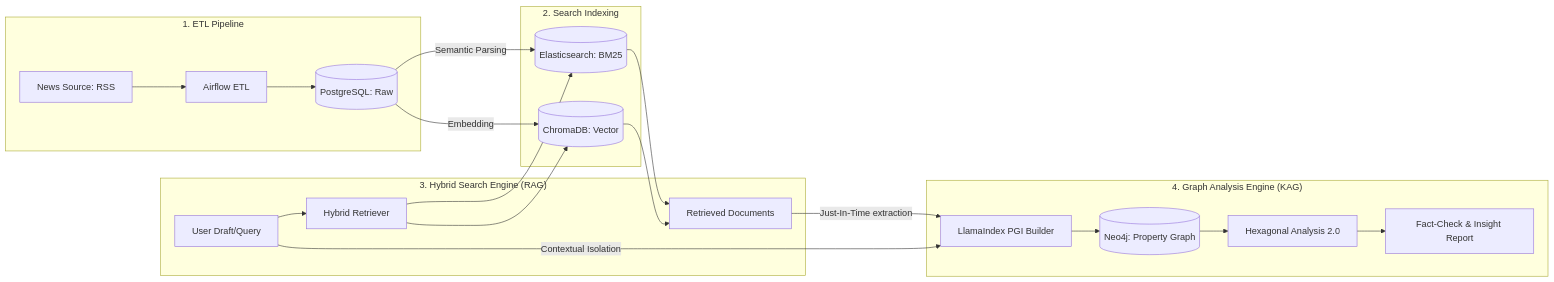
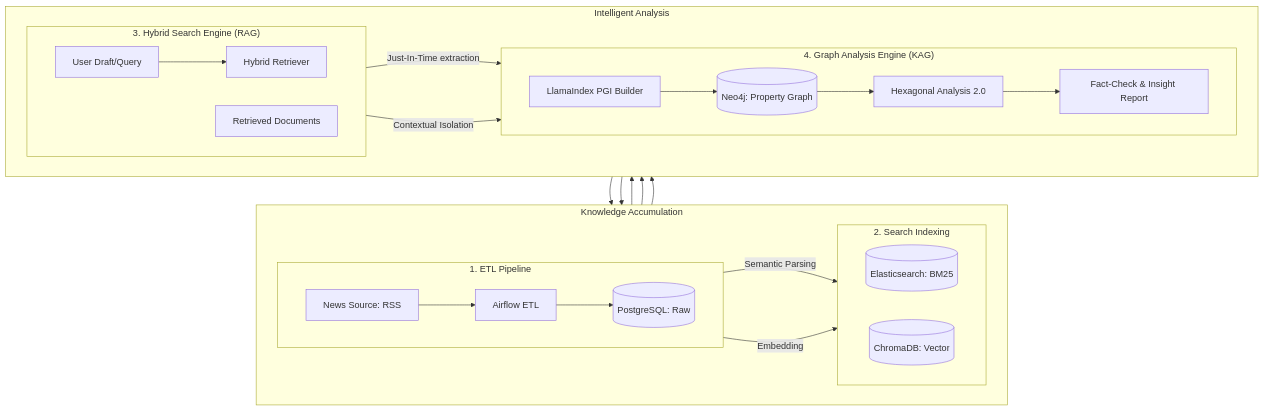
The diagram in technical_report.md (hyos0415/KAG_LlamaIndex), drawn with Mermaid before and after one commit. The commit also changed 1 other file, not shown here.

Commit message:
fix : 포트폴리오 최적화를 위한 다이어그램 레이아웃 재배치 (2x2)

````diff
--- a/technical_report.md
+++ b/technical_report.md
@@ -17,27 +17,40 @@
 ```mermaid
-graph LR
-    subgraph "1. ETL Pipeline"
-        A[News Source: RSS] --> B[Airflow ETL]
-        B --> C[(PostgreSQL: Raw)]
+graph TD
+    subgraph Row1 [Knowledge Accumulation]
+        direction LR
+        subgraph "1. ETL Pipeline"
+            direction LR
+            A[News Source: RSS] --> B[Airflow ETL]
+            B --> C[(PostgreSQL: Raw)]
+        end
+
+        subgraph "2. Search Indexing"
+            direction LR
+            C -- "Semantic Parsing" --> D[(Elasticsearch: BM25)]
+            C -- "Embedding" --> E[(ChromaDB: Vector)]
+        end
     end
 
-    subgraph "2. Search Indexing"
-        C -- "Semantic Parsing" --> D[(Elasticsearch: BM25)]
-        C -- "Embedding" --> E[(ChromaDB: Vector)]
+    subgraph Row2 [Intelligent Analysis]
+        direction LR
+        subgraph "3. Hybrid Search Engine (RAG)"
+            direction LR
+            F[User Draft/Query] --> G[Hybrid Retriever]
+            G --> D
+            G --> E
+            D & E --> H[Retrieved Documents]
+        end
+
+        subgraph "4. Graph Analysis Engine (KAG)"
+            direction LR
+            H -- "Just-In-Time extraction" --> I[LlamaIndex PGI Builder]
+            F -- "Contextual Isolation" --> I
+            I --> J[(Neo4j: Property Graph)]
+            J --> K[Hexagonal Analysis 2.0]
+            K --> L[Fact-Check & Insight Report]
+        end
     end
 
-    subgraph "3. Hybrid Search Engine (RAG)"
-        F[User Draft/Query] --> G[Hybrid Retriever]
-        G --> D
-        G --> E
-        D & E --> H[Retrieved Documents]
-    end
-
-    subgraph "4. Graph Analysis Engine (KAG)"
-        H -- "Just-In-Time extraction" --> I[LlamaIndex PGI Builder]
-        F -- "Contextual Isolation" --> I
-        I --> J[(Neo4j: Property Graph)]
-        J --> K[Hexagonal Analysis 2.0]
-        K --> L[Fact-Check & Insight Report]
-    end
+    %% Flow
+    Row1 --> Row2
 ```
````
